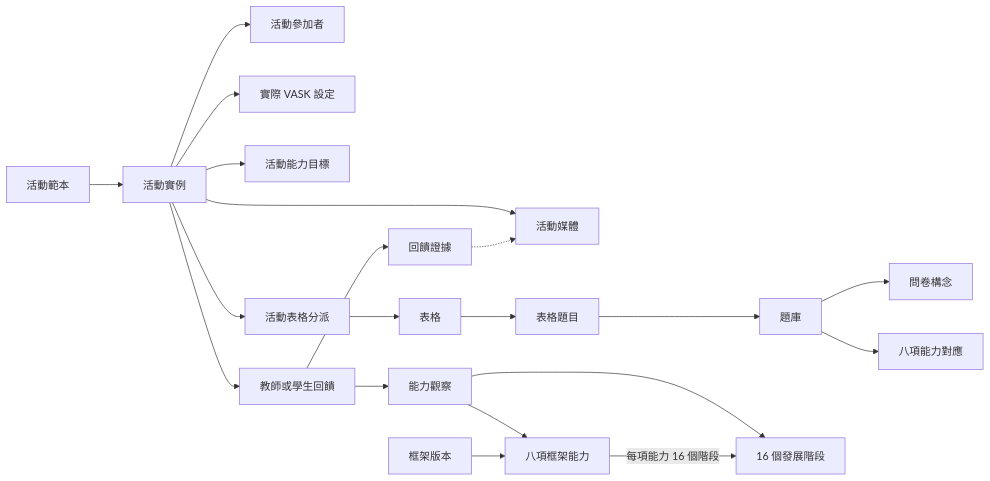
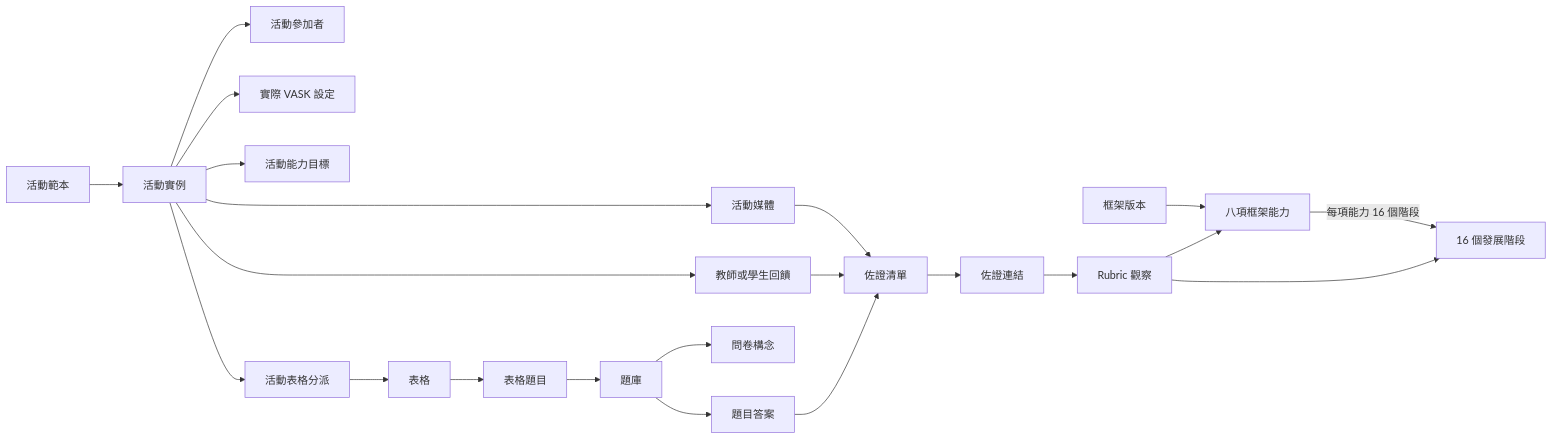
Before and after one commit to heison-octopus/testing-port: the diagram in output/Chinese/資料欄位修訂.md, drawn with Mermaid. The commit also changed other lines of this file and 203 other files, not shown here.

````diff
--- a/output/Chinese/資料欄位修訂.md
+++ b/output/Chinese/資料欄位修訂.md
@@ -684,25 +672,27 @@
 ```mermaid
 flowchart LR
     AT[活動範本] --> AI[活動實例]
     AI --> AP[活動參加者]
     AI --> AV[實際 VASK 設定]
     AI --> AFT[活動能力目標]
     AI --> AM[活動媒體]
     AI --> AFA[活動表格分派]
     AI --> FB[教師或學生回饋]
 
     F[表格] --> FQ[表格題目]
     FQ --> Q[題庫]
     Q --> QC[問卷構念]
-    Q --> QFM[八項能力對應]
+    Q --> QR[題目答案]
+    QR --> PI[佐證清單]
 
-    FB --> FE[回饋證據]
-    FB --> FSO[能力觀察]
-    FSO --> FS[八項框架能力]
-    FSO --> FST[16 個發展階段]
+    FB --> PI
+    AM --> PI
+    PI --> PL[佐證連結]
+    PL --> RO[Rubric 觀察]
+    RO --> FS[八項框架能力]
+    RO --> FST[16 個發展階段]
 
     FW[框架版本] --> FS
     FS -->|每項能力 16 個階段| FST
     AFA --> F
-    FE -.-> AM
 ```
````
